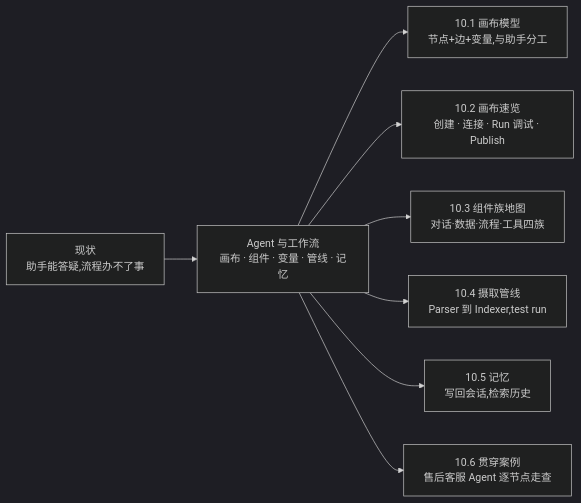
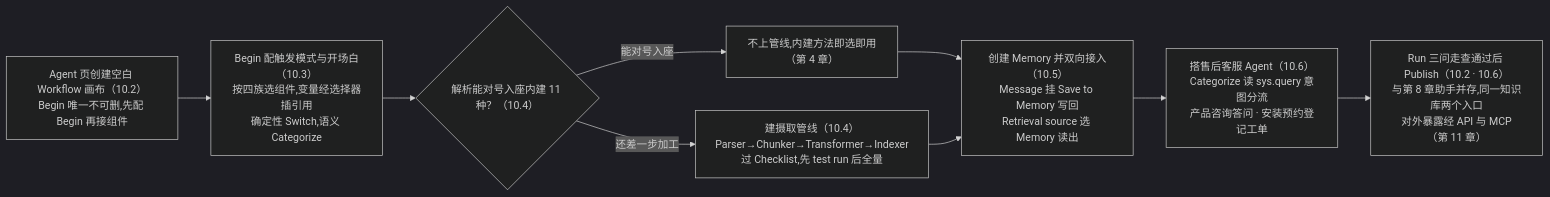
The first of 2 diagrams in books/ragflow/chapters/10-agent-workflow.md (ybak/ai-tutorial), drawn with Mermaid (dark theme) before and after one commit. The commit also changed other lines of this file and 12 other files, not shown here.

First line of the commit message:
docs(ragflow): 章首图升级为操作流程图——第 3 章试点后全书推广,写作指南双图式修订

````diff
--- a/books/ragflow/chapters/10-agent-workflow.md
+++ b/books/ragflow/chapters/10-agent-workflow.md
@@ -11,10 +11,11 @@
 ```mermaid
 flowchart LR
-    A["现状<br/>助手能答疑,流程办不了事"] --> B["Agent 与工作流<br/>画布 · 组件 · 变量 · 管线 · 记忆"]
-    B --> C["10.1 画布模型<br/>节点+边+变量,与助手分工"]
-    B --> D["10.2 画布速览<br/>创建 · 连接 · Run 调试 · Publish"]
-    B --> E["10.3 组件族地图<br/>对话·数据·流程·工具四族"]
-    B --> F["10.4 摄取管线<br/>Parser 到 Indexer,test run"]
-    B --> G["10.5 记忆<br/>写回会话,检索历史"]
-    B --> H["10.6 贯穿案例<br/>售后客服 Agent 逐节点走查"]
+    A["Agent 页创建空白 Workflow 画布（10.2）<br/>Begin 唯一不可删,先配 Begin 再接组件"] --> B["Begin 配触发模式与开场白（10.3）<br/>按四族选组件,变量经选择器插引用<br/>确定性 Switch,语义 Categorize"]
+    B --> C{"解析能对号入座内建 11 种？（10.4）"}
+    C -->|"能对号入座"| D["不上管线,内建方法即选即用（第 4 章）"]
+    C -->|"还差一步加工"| E["建摄取管线（10.4）<br/>Parser→Chunker→Transformer→Indexer<br/>过 Checklist,先 test run 后全量"]
+    D --> F["创建 Memory 并双向接入（10.5）<br/>Message 挂 Save to Memory 写回<br/>Retrieval source 选 Memory 读出"]
+    E --> F
+    F --> G["搭售后客服 Agent（10.6）<br/>Categorize 读 sys.query 意图分流<br/>产品咨询答问 · 安装预约登记工单"]
+    G --> H["Run 三问走查通过后 Publish（10.2 · 10.6）<br/>与第 8 章助手并存,同一知识库两个入口<br/>对外暴露经 API 与 MCP（第 11 章）"]
 ```
````
